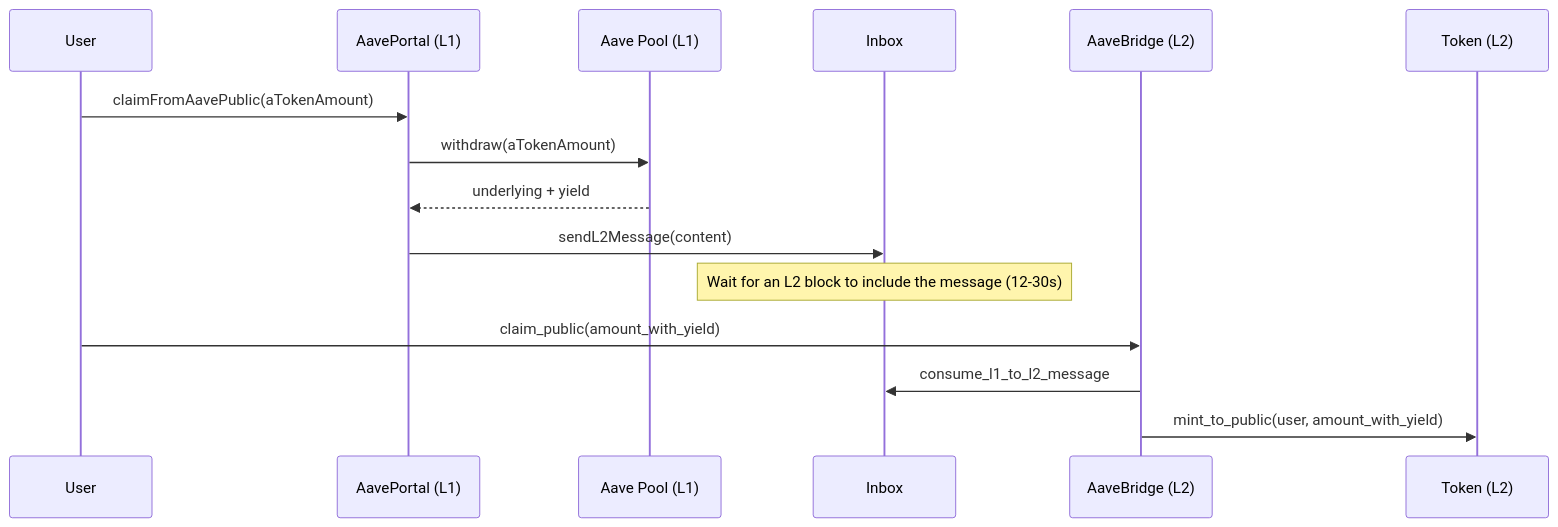
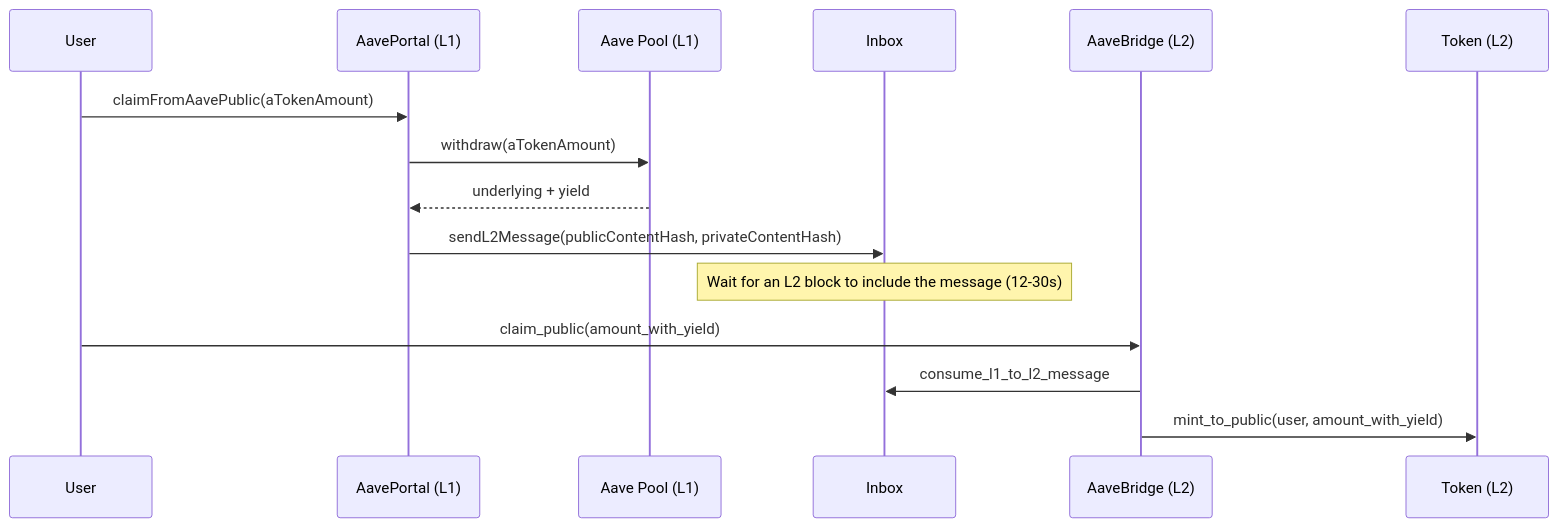
Before and after one commit to AztecProtocol/aztec-packages: the third of 3 diagrams in docs/docs-developers/docs/tutorials/js_tutorials/aave_bridge.md, drawn with Mermaid. The commit also changed other lines of this file and 97 other files, not shown here.

````diff
--- a/docs/docs-developers/docs/tutorials/js_tutorials/aave_bridge.md
+++ b/docs/docs-developers/docs/tutorials/js_tutorials/aave_bridge.md
@@ -86,18 +86,18 @@
 ```mermaid
 sequenceDiagram
     participant User
     participant Portal as AavePortal (L1)
     participant Aave as Aave Pool (L1)
     participant Inbox as Inbox
     participant Bridge as AaveBridge (L2)
     participant Token as Token (L2)
 
     User->>Portal: claimFromAavePublic(aTokenAmount)
     Portal->>Aave: withdraw(aTokenAmount)
     Aave-->>Portal: underlying + yield
-    Portal->>Inbox: sendL2Message(content)
+    Portal->>Inbox: sendL2Message(publicContentHash, privateContentHash)
     Note over Inbox: Wait for an L2 block to include the message (12-30s)
     User->>Bridge: claim_public(amount_with_yield)
     Bridge->>Inbox: consume_l1_to_l2_message
     Bridge->>Token: mint_to_public(user, amount_with_yield)
 ```
````
